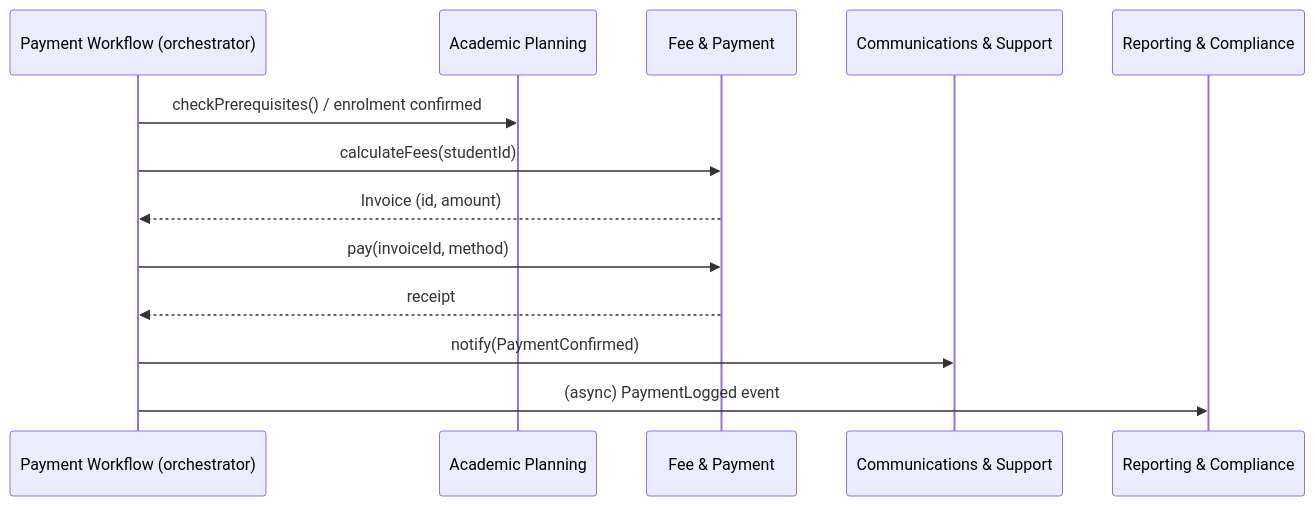
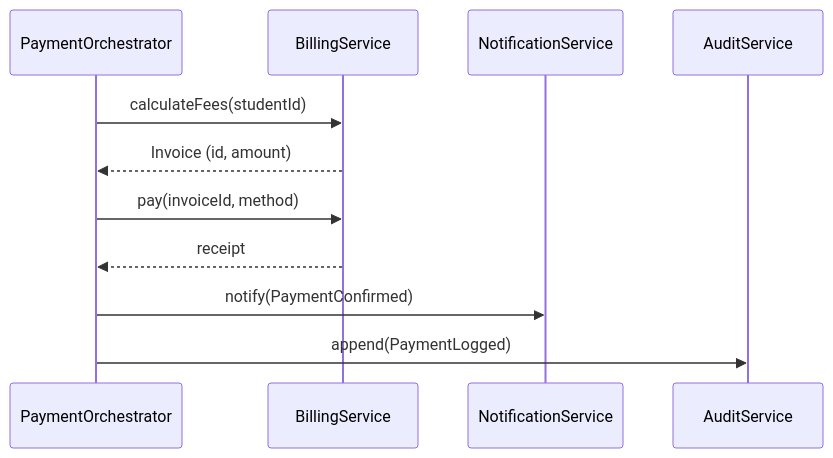
One commit to CharlieCCrawford/Week-2-Decomposition-Activity changed the second of 2 diagrams in ABSTRACTION_DESIGN.md. Above: the diagram before and after it, drawn with Mermaid. The commit also changed other lines of this file, not shown here.

````diff
--- a/ABSTRACTION_DESIGN.md
+++ b/ABSTRACTION_DESIGN.md
@@ -43,16 +104,14 @@
 ```mermaid
 sequenceDiagram
-    participant W as Payment Workflow (orchestrator)
-    participant AP as Academic Planning
-    participant FP as Fee & Payment
-    participant CS as Communications & Support
-    participant RC as Reporting & Compliance
+    participant W as PaymentOrchestrator
+    participant FP as BillingService
+    participant N as NotificationService
+    participant A as AuditService
 
-    W->>AP: checkPrerequisites() / enrolment confirmed
     W->>FP: calculateFees(studentId)
     FP-->>W: Invoice (id, amount)
     W->>FP: pay(invoiceId, method)
     FP-->>W: receipt
-    W->>CS: notify(PaymentConfirmed)
-    W->>RC: (async) PaymentLogged event
+    W->>N: notify(PaymentConfirmed)
+    W->>A: append(PaymentLogged)
 ```
````
